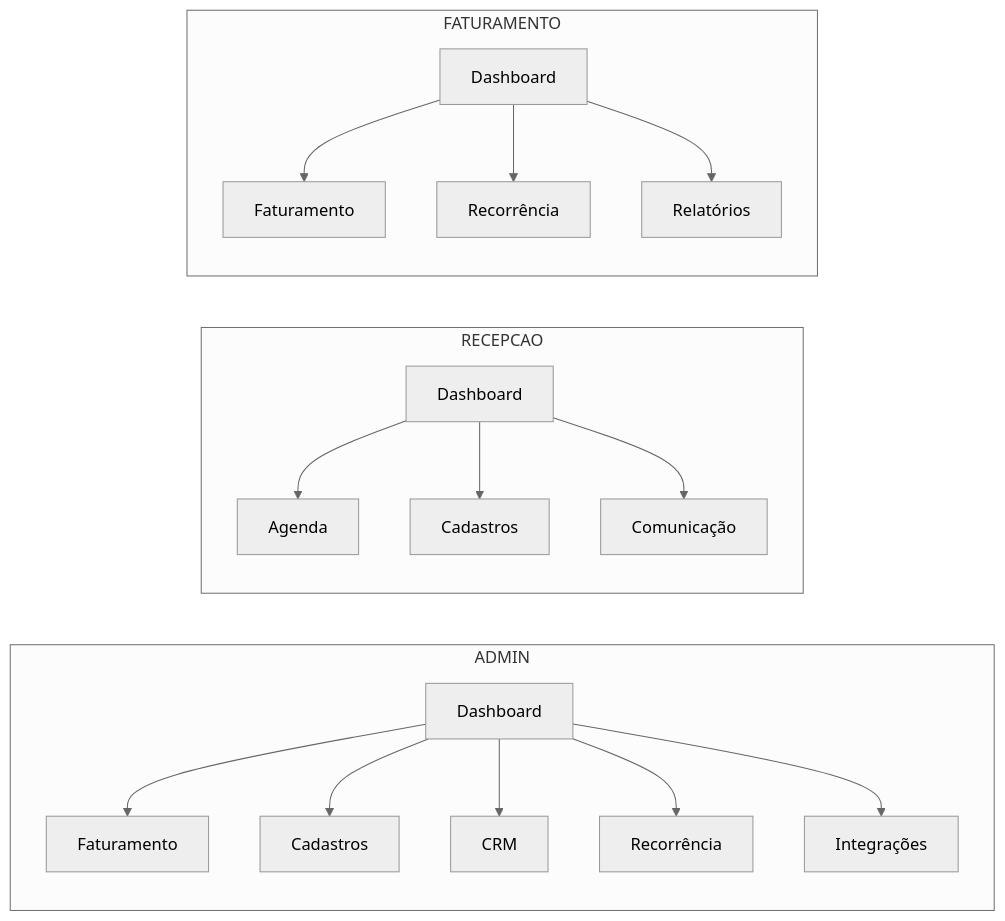
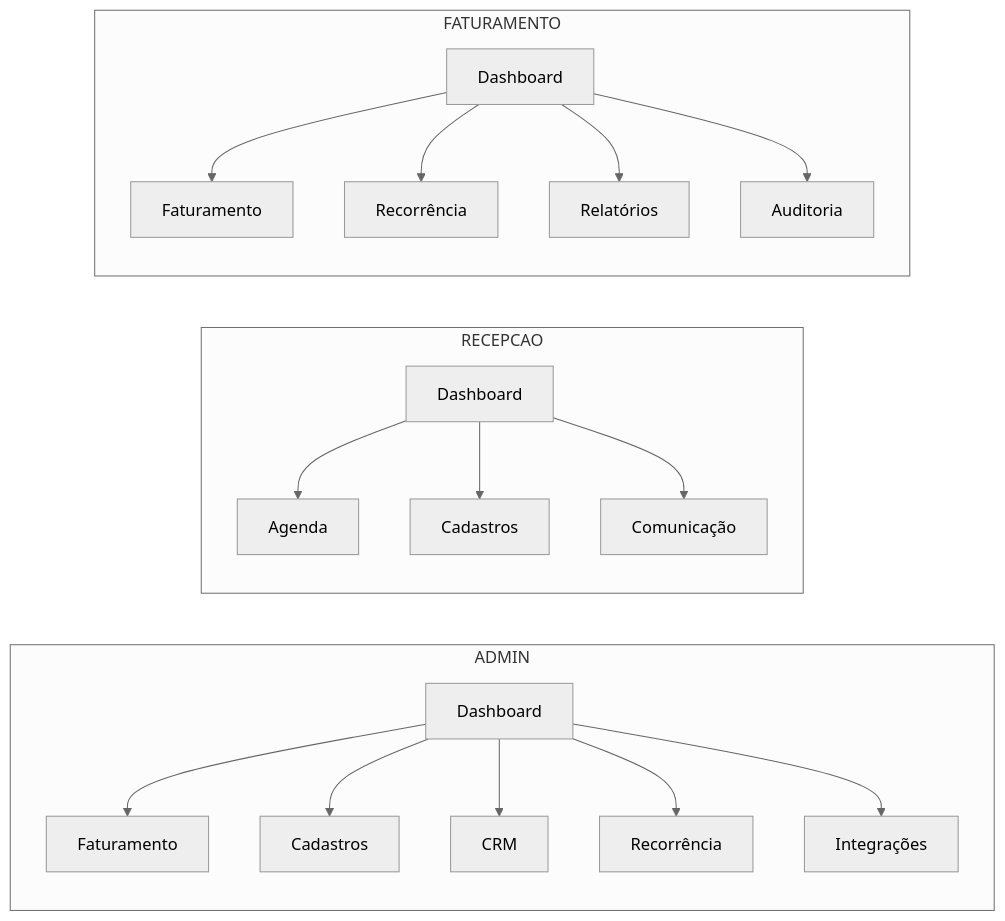
The second of 3 diagrams in docs/JORNADA_CLIENTE.md (Piulres/sistema-bibi), drawn with Mermaid (neutral theme) before and after one commit. The commit also changed other lines of this file and 5 other files, not shown here.

````diff
--- a/docs/JORNADA_CLIENTE.md
+++ b/docs/JORNADA_CLIENTE.md
@@ -184,22 +192,23 @@
 ```mermaid
 flowchart LR
   subgraph ADMIN
     D[Dashboard] --> B[Faturamento]
     D --> C[Cadastros]
     D --> CRM[CRM]
     D --> SUB[Recorrência]
     D --> INT[Integrações]
   end
 
   subgraph RECEPCAO
     D2[Dashboard] --> AG[Agenda]
     D2 --> CAD[Cadastros]
     D2 --> COM[Comunicação]
   end
 
   subgraph FATURAMENTO
     D3[Dashboard] --> B2[Faturamento]
     D3 --> SUB2[Recorrência]
     D3 --> REL[Relatórios]
+    D3 --> AUD[Auditoria]
   end
 ```
````
